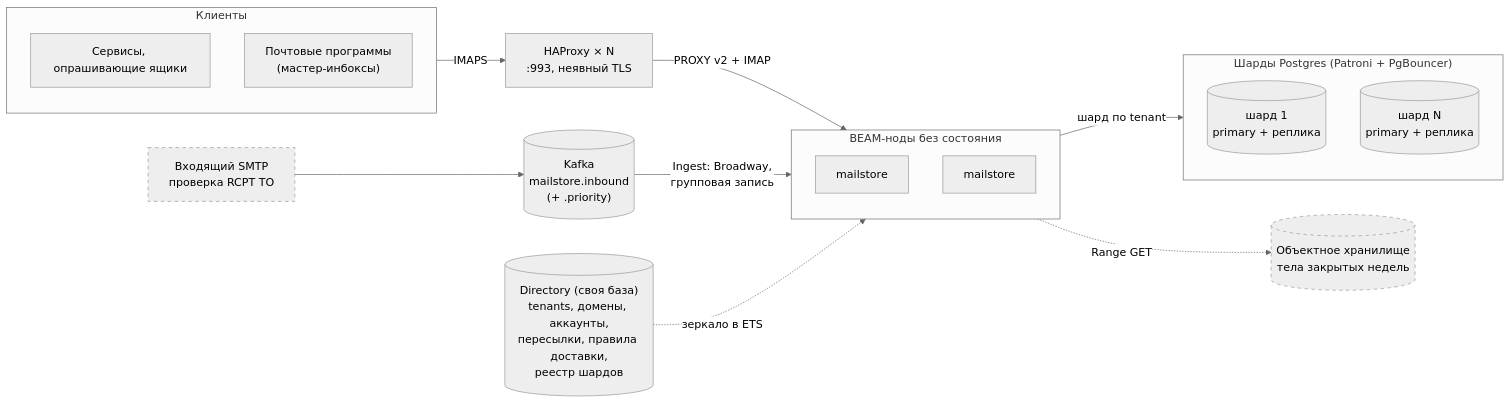
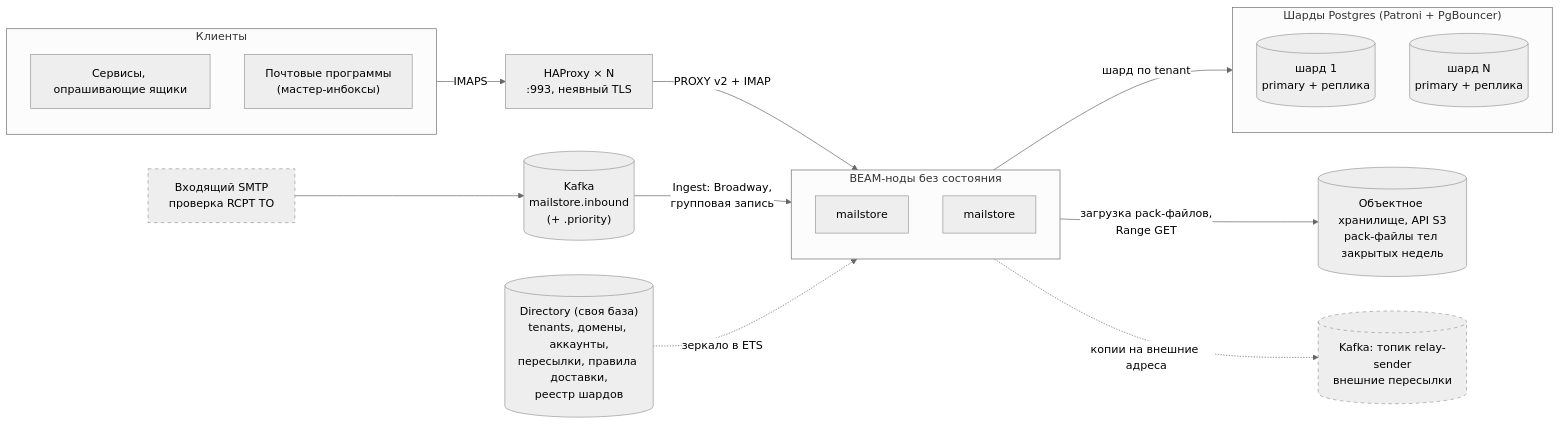
One commit to ichi404gh/mailstore changed the first of 8 diagrams in docs/architecture.md. Above: the diagram before and after it, drawn with Mermaid (neutral theme). The commit also changed other lines of this file, not shown here.

First line of the commit message:
Bring the architecture diagrams up to date with retention and the cold tier

````diff
--- a/docs/architecture.md
+++ b/docs/architecture.md
@@ -18,36 +18,38 @@
 ```mermaid
 flowchart LR
   subgraph clients["Клиенты"]
     poll["Сервисы, опрашивающие ящики"]
     mua["Почтовые программы<br/>(мастер-инбоксы)"]
   end
 
   smtp["Входящий SMTP<br/>проверка RCPT TO"]:::planned
   queue[("Kafka<br/>mailstore.inbound<br/>(+ .priority)")]
 
   hap["HAProxy × N<br/>:993, неявный TLS"]
 
   subgraph compute["BEAM-ноды без состояния"]
     n1["mailstore"]
     n2["mailstore"]
   end
 
   dir[("Directory (своя база)<br/>tenants, домены, аккаунты,<br/>пересылки, правила доставки,<br/>реестр шардов")]
 
   subgraph storage["Шарды Postgres (Patroni + PgBouncer)"]
     s1[("шард 1<br/>primary + реплика")]
     s2[("шард N<br/>primary + реплика")]
   end
 
-  obj[("Объектное хранилище<br/>тела закрытых недель")]:::planned
+  obj[("Объектное хранилище, API S3<br/>pack-файлы тел закрытых недель")]
+  relay[("Kafka: топик relay-sender<br/>внешние пересылки")]:::planned
 
   clients -->|IMAPS| hap
   hap -->|"PROXY v2 + IMAP"| compute
   smtp --> queue
   queue -->|"Ingest: Broadway,<br/>групповая запись"| compute
   dir -.->|"зеркало в ETS"| compute
   compute -->|"шард по tenant"| storage
-  compute -.->|"Range GET"| obj
+  compute -->|"загрузка pack-файлов,<br/>Range GET"| obj
+  compute -.->|"копии на внешние адреса"| relay
 
   classDef planned stroke-dasharray: 5 5
 ```
````
